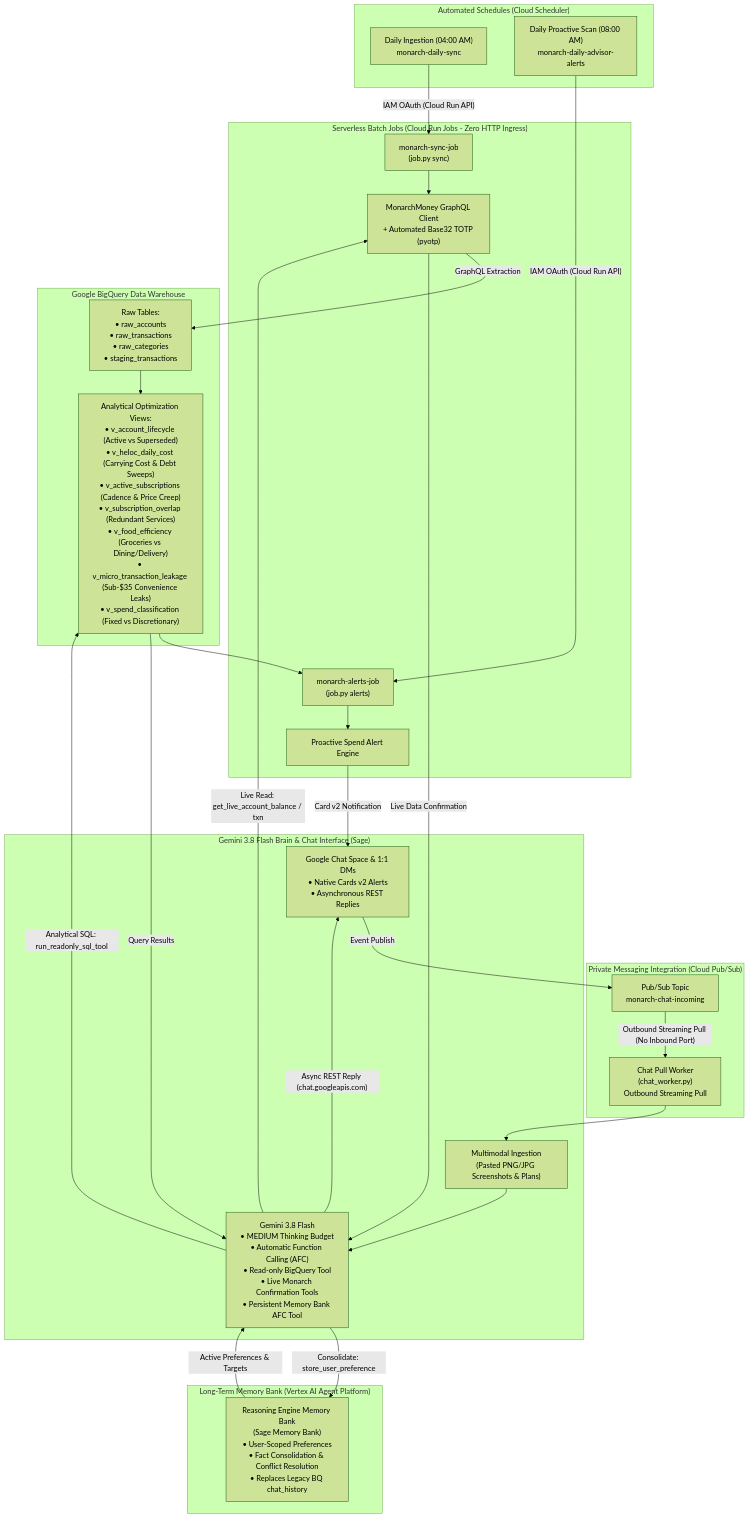
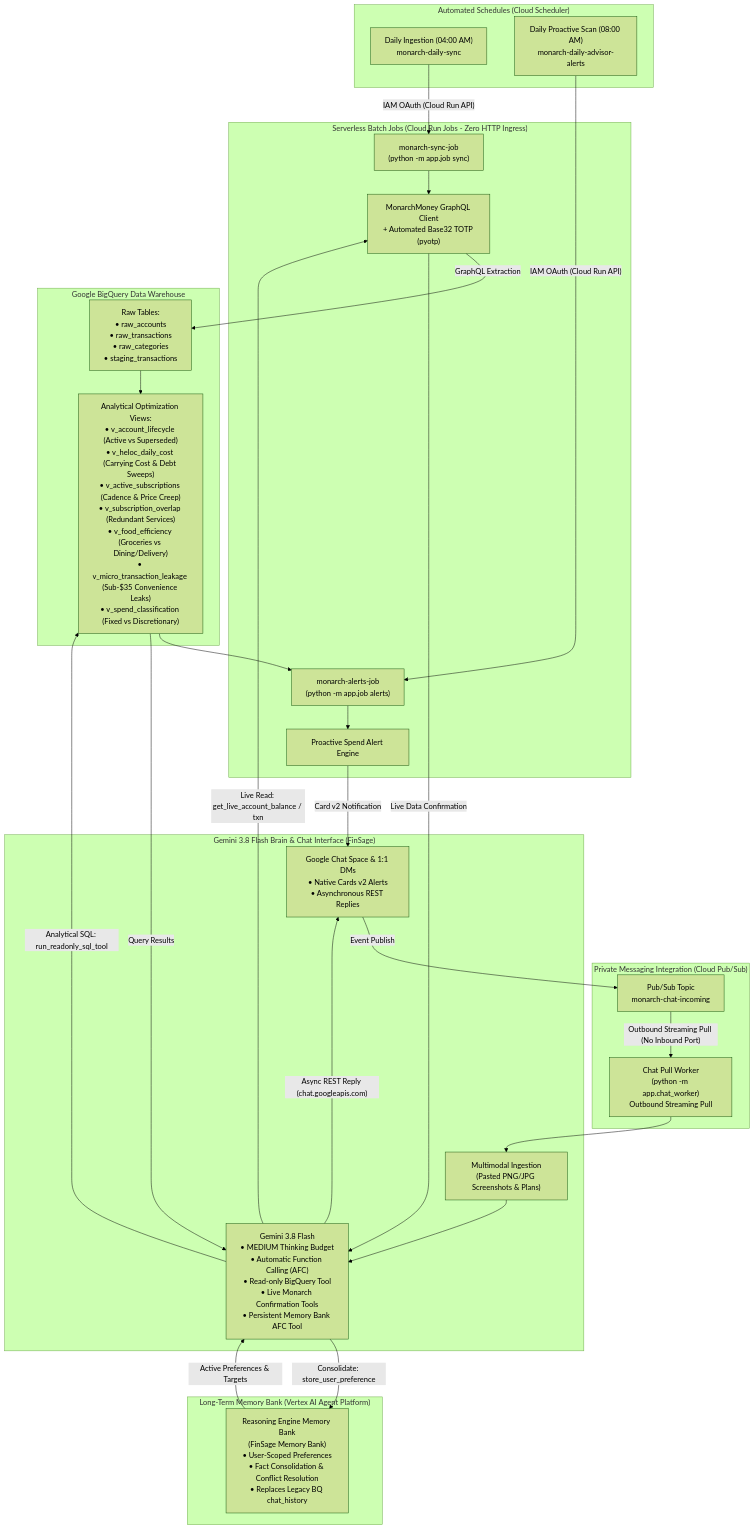
One commit to n0012/family-financial-intelligence-hub changed the diagram in README.md. Above: the diagram before and after it, drawn with Mermaid (forest theme). The commit also changed other lines of this file, not shown here.

Commit message:
docs: update repository structure layout, command paths, and FinSage branding in README.md

````diff
--- a/README.md
+++ b/README.md
@@ -36,56 +36,56 @@
 ```mermaid
 flowchart TD
     subgraph Scheduling ["Automated Schedules (Cloud Scheduler)"]
         CronSync["Daily Ingestion (04:00 AM)<br/>monarch-daily-sync"]
         CronAlert["Daily Proactive Scan (08:00 AM)<br/>monarch-daily-advisor-alerts"]
     end
 
     subgraph BatchLayer ["Serverless Batch Jobs (Cloud Run Jobs - Zero HTTP Ingress)"]
-        JobSync["monarch-sync-job<br/>(job.py sync)"]
-        JobAlert["monarch-alerts-job<br/>(job.py alerts)"]
+        JobSync["monarch-sync-job<br/>(python -m app.job sync)"]
+        JobAlert["monarch-alerts-job<br/>(python -m app.job alerts)"]
         MMClient["MonarchMoney GraphQL Client<br/>+ Automated Base32 TOTP (pyotp)"]
         AdvisorEngine["Proactive Spend Alert Engine"]
     end
 
     subgraph DataWarehouse ["Google BigQuery Data Warehouse"]
         RawTables["Raw Tables:<br/>• raw_accounts<br/>• raw_transactions<br/>• raw_categories<br/>• staging_transactions"]
         Views["Analytical Optimization Views:<br/>• v_account_lifecycle (Active vs Superseded)<br/>• v_heloc_daily_cost (Carrying Cost & Debt Sweeps)<br/>• v_active_subscriptions (Cadence & Price Creep)<br/>• v_subscription_overlap (Redundant Services)<br/>• v_food_efficiency (Groceries vs Dining/Delivery)<br/>• v_micro_transaction_leakage (Sub-$35 Convenience Leaks)<br/>• v_spend_classification (Fixed vs Discretionary)"]
     end
 
     subgraph PrivateIngestion ["Private Messaging Integration (Cloud Pub/Sub)"]
         Topic["Pub/Sub Topic<br/>monarch-chat-incoming"]
-        Worker["Chat Pull Worker<br/>(chat_worker.py)<br/>Outbound Streaming Pull"]
+        Worker["Chat Pull Worker<br/>(python -m app.chat_worker)<br/>Outbound Streaming Pull"]
     end
 
     subgraph MemoryLayer ["Long-Term Memory Bank (Vertex AI Agent Platform)"]
-        MemoryBank["Reasoning Engine Memory Bank<br/>(Sage Memory Bank)<br/>• User-Scoped Preferences<br/>• Fact Consolidation & Conflict Resolution<br/>• Replaces Legacy BQ chat_history"]
+        MemoryBank["Reasoning Engine Memory Bank<br/>(FinSage Memory Bank)<br/>• User-Scoped Preferences<br/>• Fact Consolidation & Conflict Resolution<br/>• Replaces Legacy BQ chat_history"]
     end
 
-    subgraph Intelligence ["Gemini 3.8 Flash Brain & Chat Interface (Sage)"]
+    subgraph Intelligence ["Gemini 3.8 Flash Brain & Chat Interface (FinSage)"]
         GeminiFlash["Gemini 3.8 Flash<br/>• MEDIUM Thinking Budget<br/>• Automatic Function Calling (AFC)<br/>• Read-only BigQuery Tool<br/>• Live Monarch Confirmation Tools<br/>• Persistent Memory Bank AFC Tool"]
         MultimodalVision["Multimodal Ingestion<br/>(Pasted PNG/JPG Screenshots & Plans)"]
         GoogleChat["Google Chat Space & 1:1 DMs<br/>• Native Cards v2 Alerts<br/>• Asynchronous REST Replies"]
     end
 
     CronSync -->|"IAM OAuth (Cloud Run API)"| JobSync
     JobSync --> MMClient
     MMClient -->|"GraphQL Extraction"| RawTables
     RawTables --> Views
 
     CronAlert -->|"IAM OAuth (Cloud Run API)"| JobAlert
     Views --> JobAlert
     JobAlert --> AdvisorEngine
     AdvisorEngine -->|"Card v2 Notification"| GoogleChat
 
     GoogleChat -->|"Event Publish"| Topic
     Topic -->|"Outbound Streaming Pull (No Inbound Port)"| Worker
     Worker --> MultimodalVision
     MultimodalVision --> GeminiFlash
     MemoryBank -->|"Active Preferences & Targets"| GeminiFlash
     GeminiFlash -->|"Consolidate: store_user_preference"| MemoryBank
     GeminiFlash -->|"Analytical SQL: run_readonly_sql_tool"| Views
     Views -->|"Query Results"| GeminiFlash
     GeminiFlash -->|"Live Read: get_live_account_balance / txn"| MMClient
     MMClient -->|"Live Data Confirmation"| GeminiFlash
     GeminiFlash -->|"Async REST Reply (chat.googleapis.com)"| GoogleChat
 ```
````
